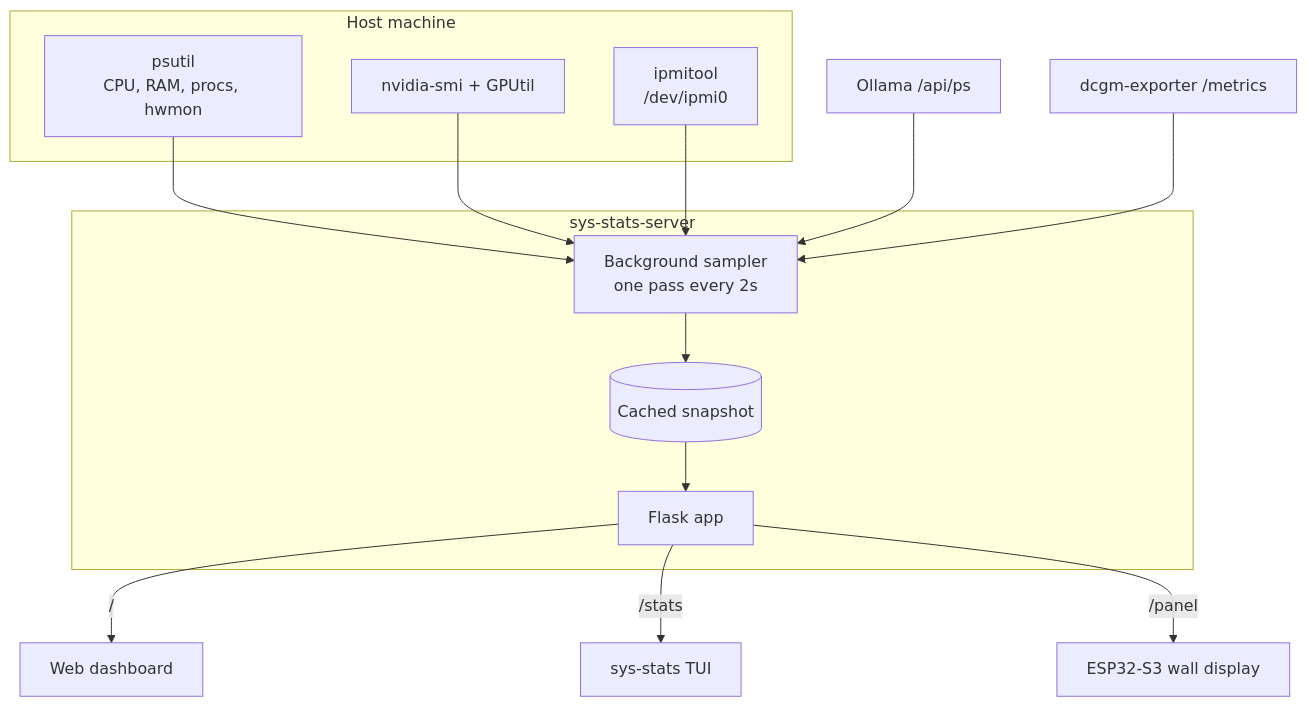
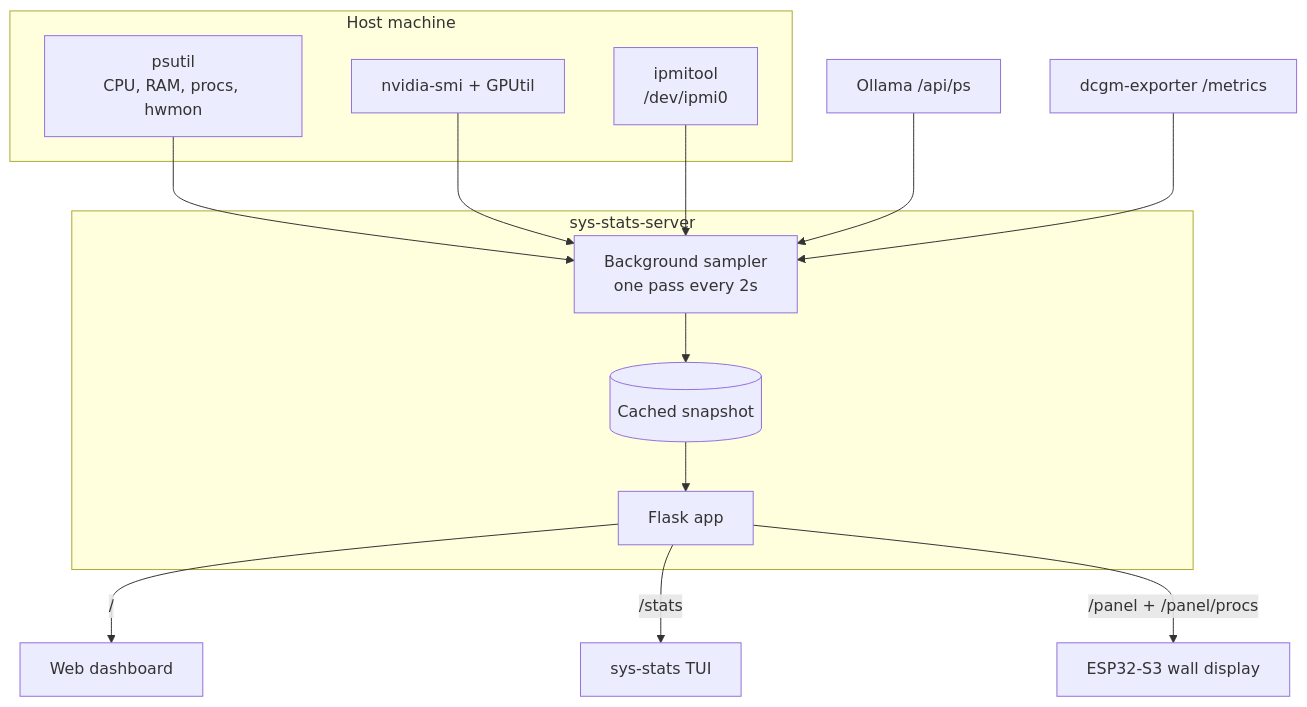
Before and after one commit to obeone/sys-stats: the diagram in README.md, drawn with Mermaid. The commit also changed other lines of this file, not shown here.

````diff
--- a/README.md
+++ b/README.md
@@ -351,29 +357,29 @@
 ```mermaid
 flowchart TB
     subgraph host["Host machine"]
         PS["psutil<br/>CPU, RAM, procs, hwmon"]
         NV["nvidia-smi + GPUtil"]
         IP["ipmitool<br/>/dev/ipmi0"]
     end
 
     subgraph proc["sys-stats-server"]
         SA["Background sampler<br/>one pass every 2s"]
         CA[("Cached snapshot")]
         FL["Flask app"]
     end
 
     OL["Ollama /api/ps"]
     DC["dcgm-exporter /metrics"]
 
     PS --> SA
     NV --> SA
     IP --> SA
     OL --> SA
     DC --> SA
     SA --> CA
     CA --> FL
 
     FL -->|"/"| WEB["Web dashboard"]
     FL -->|"/stats"| CLI["sys-stats TUI"]
-    FL -->|"/panel"| ESP["ESP32-S3 wall display"]
+    FL -->|"/panel + /panel/procs"| ESP["ESP32-S3 wall display"]
 ```
````
